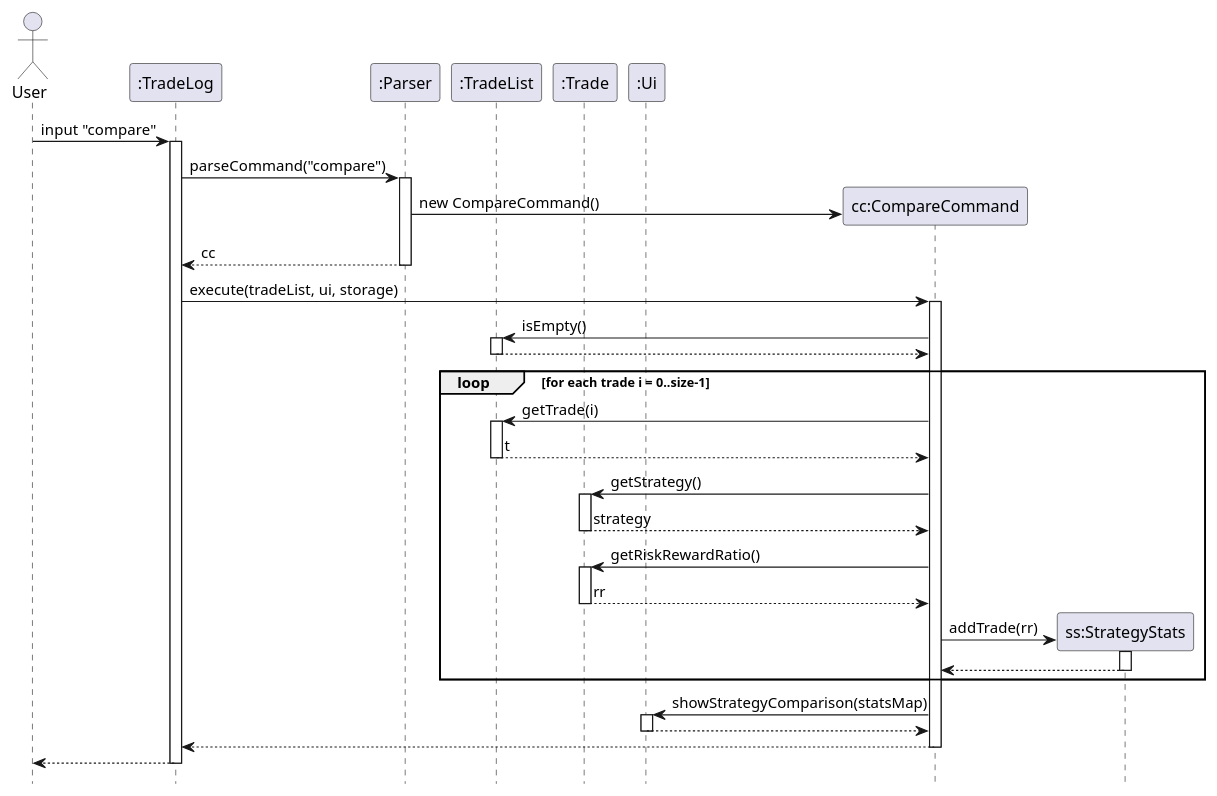
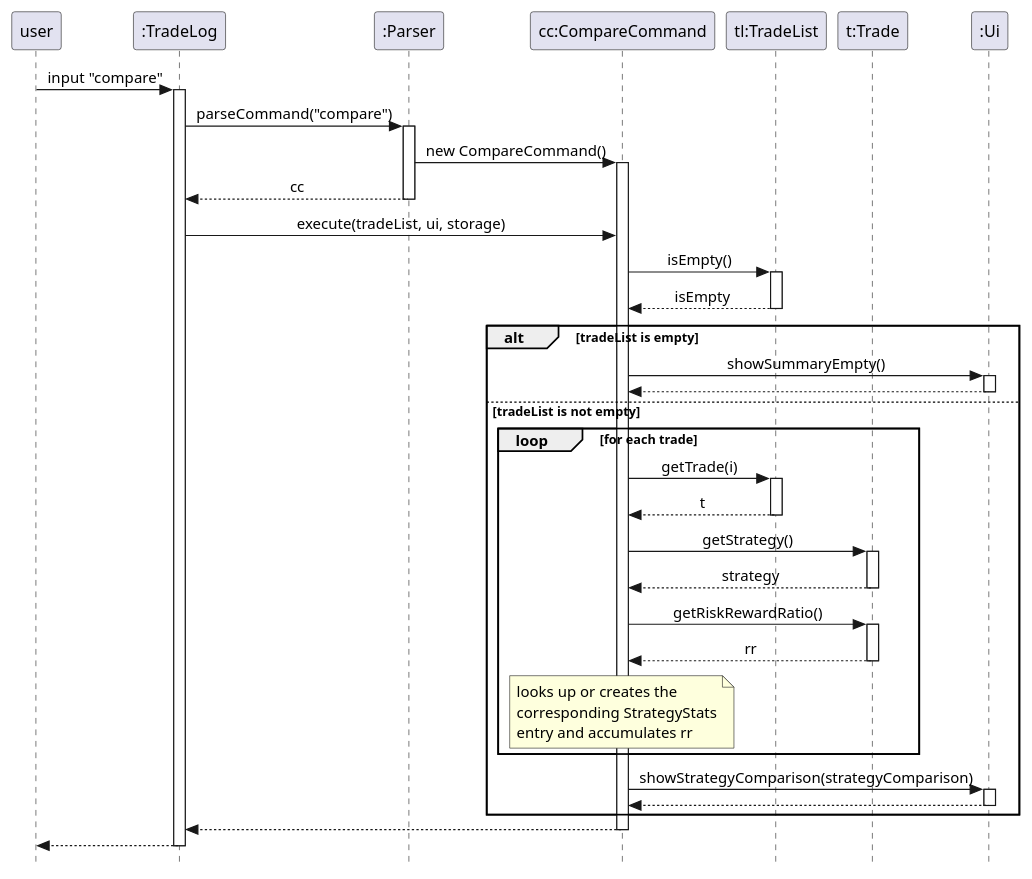
Before and after one commit to Cydriccwx/tp: the diagram in docs/diagrams/compare-sequence.puml, drawn with PlantUML. The commit also changed 14 other files, not shown here.

```diff
--- a/docs/diagrams/compare-sequence.puml
+++ b/docs/diagrams/compare-sequence.puml
@@ -1,62 +1,70 @@
 @startuml
 hide footbox
+skinparam Style strictuml
+skinparam SequenceMessageAlign center
 
-actor User
+participant "user" as User
 participant ":TradeLog" as TradeLog
 participant ":Parser" as Parser
-participant ":TradeList" as TradeList
-participant ":Trade" as Trade
+participant "cc:CompareCommand" as CompareCommand
+participant "tl:TradeList" as TradeList
+participant "t:Trade" as Trade
 participant ":Ui" as Ui
 
 User -> TradeLog : input "compare"
 activate TradeLog
 
 TradeLog -> Parser : parseCommand("compare")
 activate Parser
-create participant "cc:CompareCommand" as CompareCommand
 Parser -> CompareCommand : new CompareCommand()
+activate CompareCommand
 Parser --> TradeLog : cc
 deactivate Parser
 
 TradeLog -> CompareCommand : execute(tradeList, ui, storage)
-activate CompareCommand
 
 CompareCommand -> TradeList : isEmpty()
 activate TradeList
-TradeList --> CompareCommand
+TradeList --> CompareCommand : isEmpty
 deactivate TradeList
 
-loop for each trade i = 0..size-1
-    CompareCommand -> TradeList : getTrade(i)
-    activate TradeList
-    TradeList --> CompareCommand : t
-    deactivate TradeList
+alt tradeList is empty
+    CompareCommand -> Ui : showSummaryEmpty()
+    activate Ui
+    Ui --> CompareCommand
+    deactivate Ui
+else tradeList is not empty
+    loop for each trade
+        CompareCommand -> TradeList : getTrade(i)
+        activate TradeList
+        TradeList --> CompareCommand : t
+        deactivate TradeList
 
-    CompareCommand -> Trade : getStrategy()
-    activate Trade
-    Trade --> CompareCommand : strategy
-    deactivate Trade
+        CompareCommand -> Trade : getStrategy()
+        activate Trade
+        Trade --> CompareCommand : strategy
+        deactivate Trade
 
-    CompareCommand -> Trade : getRiskRewardRatio()
-    activate Trade
-    Trade --> CompareCommand : rr
-    deactivate Trade
+        CompareCommand -> Trade : getRiskRewardRatio()
+        activate Trade
+        Trade --> CompareCommand : rr
+        deactivate Trade
 
-    create participant "ss:StrategyStats" as StrategyStats
-    CompareCommand -> StrategyStats : addTrade(rr)
-    activate StrategyStats
-    StrategyStats --> CompareCommand
-    deactivate StrategyStats
+        note over CompareCommand
+            looks up or creates the
+            corresponding StrategyStats
+            entry and accumulates rr
+        end note
+    end
+
+    CompareCommand -> Ui : showStrategyComparison(strategyComparison)
+    activate Ui
+    Ui --> CompareCommand
+    deactivate Ui
 end
-
-CompareCommand -> Ui : showStrategyComparison(statsMap)
-activate Ui
-Ui --> CompareCommand
-deactivate Ui
 
 CompareCommand --> TradeLog
 deactivate CompareCommand
-
 TradeLog --> User
 deactivate TradeLog
 @enduml
```
